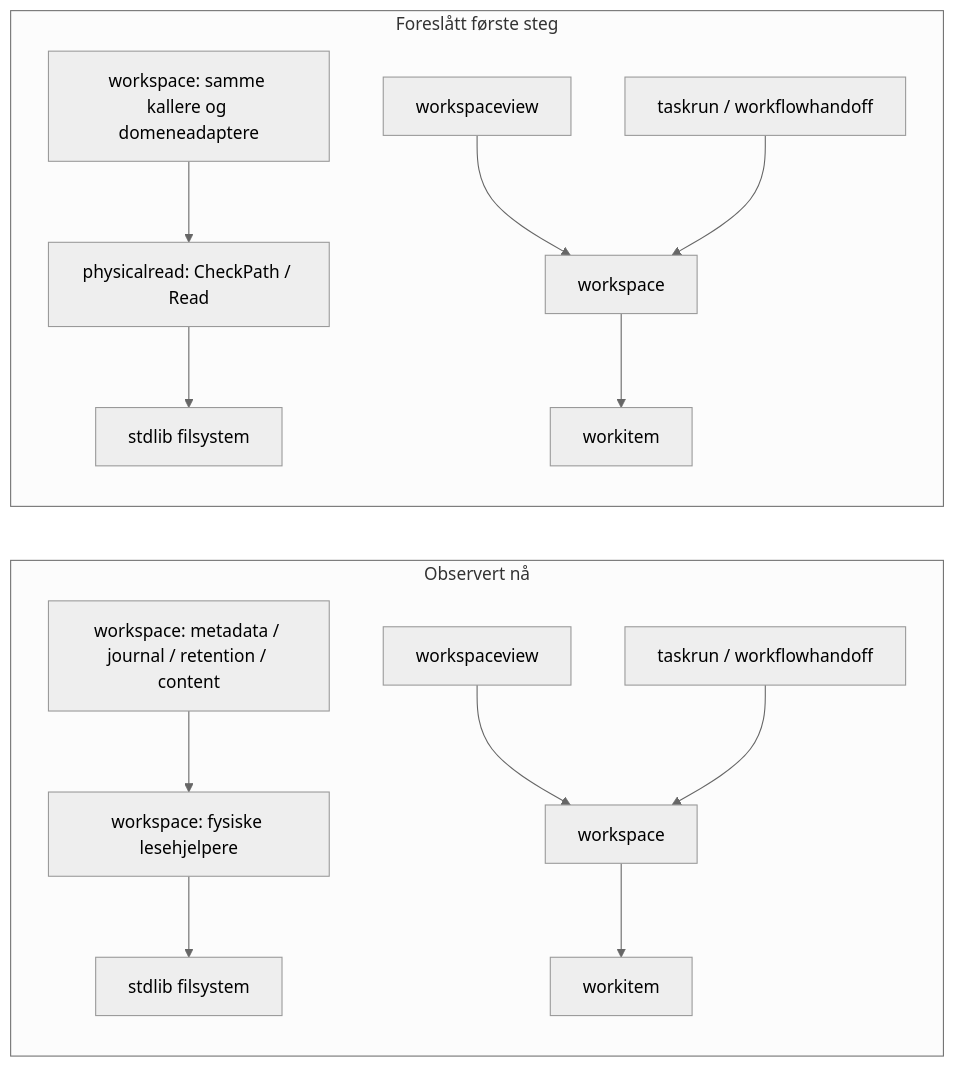
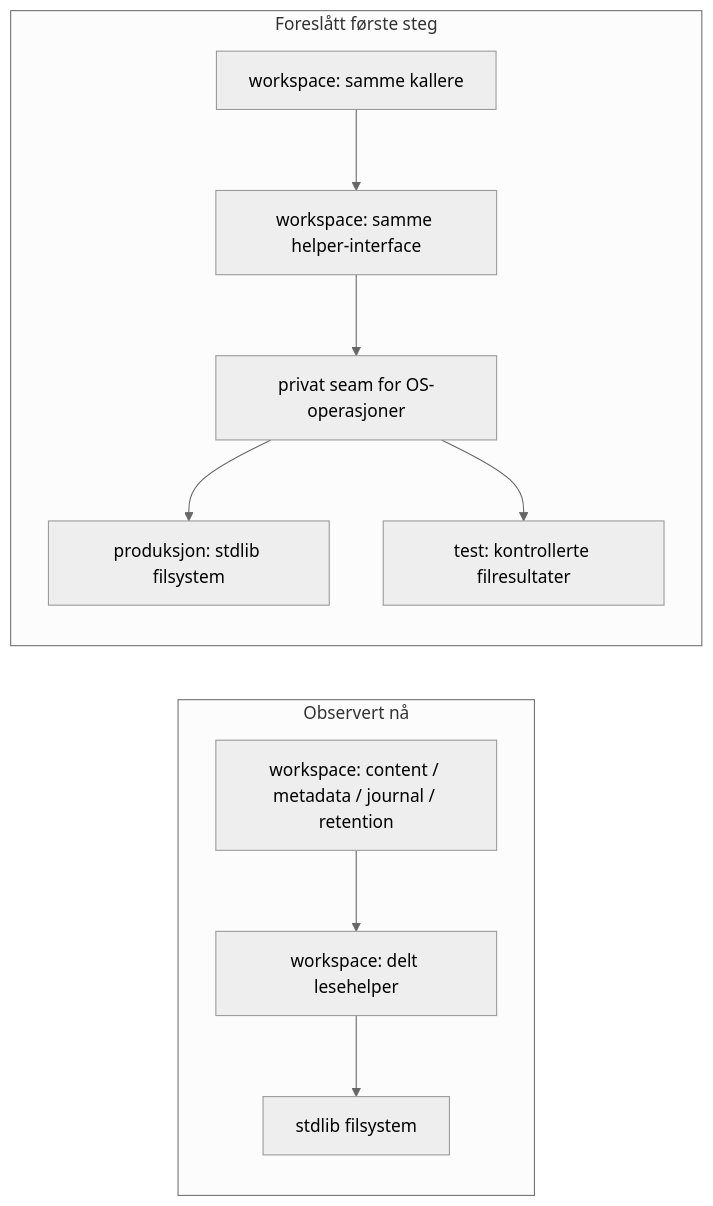
Before and after one commit to DevDimensionLab/plybuild: the diagram in docs/plan/next-architecture-package-analysis.md, drawn with Mermaid (neutral theme). The commit also changed other lines of this file, not shown here.

Commit message:
AR01: prefer testing existing read contract over package extraction

````diff
--- a/docs/plan/next-architecture-package-analysis.md
+++ b/docs/plan/next-architecture-package-analysis.md
@@ -100,17 +111,13 @@
 ```mermaid
 flowchart LR
   subgraph Før[Observert nå]
-    C1[workspace: metadata / journal / retention / content] --> H[workspace: fysiske lesehjelpere]
-    H --> OS1[stdlib filsystem]
-    V1[workspaceview] --> W1[workspace]
-    T1[taskrun / workflowhandoff] --> W1
-    W1 --> I1[workitem]
+    C1[workspace: content / metadata / journal / retention] --> H1[workspace: delt lesehelper]
+    H1 --> OS1[stdlib filsystem]
   end
   subgraph Etter[Foreslått første steg]
-    C2[workspace: samme kallere og domeneadaptere] --> P[physicalread: CheckPath / Read]
-    P --> OS2[stdlib filsystem]
-    V2[workspaceview] --> W2[workspace]
-    T2[taskrun / workflowhandoff] --> W2
-    W2 --> I2[workitem]
+    C2[workspace: samme kallere] --> H2[workspace: samme helper-interface]
+    H2 --> S[privat seam for OS-operasjoner]
+    S --> OS2[produksjon: stdlib filsystem]
+    S --> F[test: kontrollerte filresultater]
   end
 ```
````
